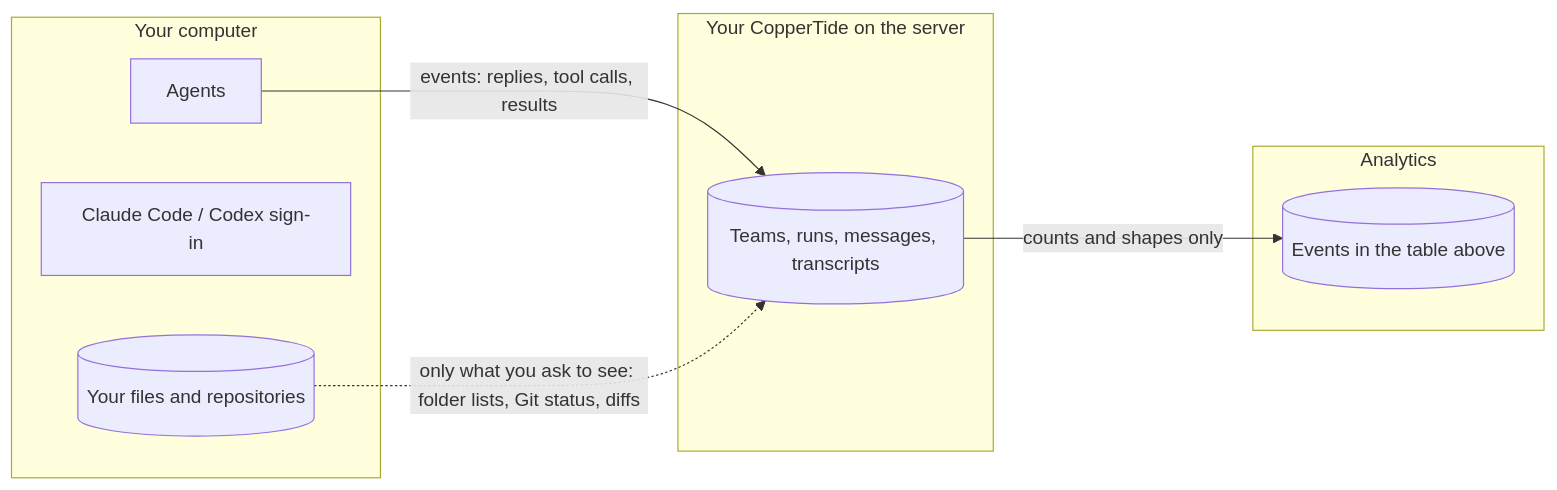
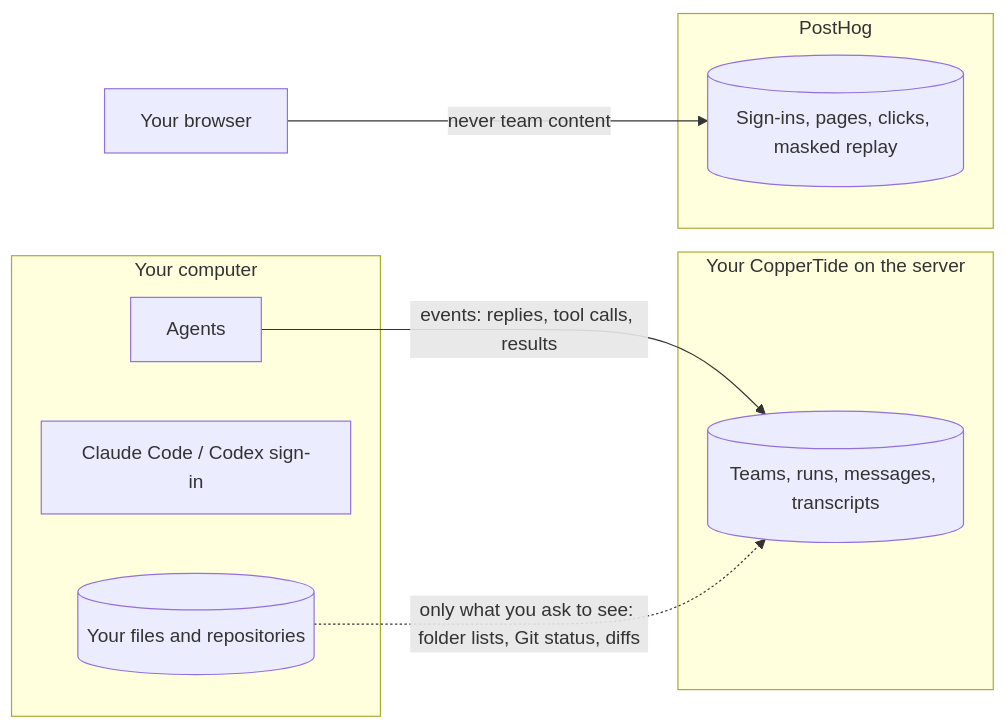
The diagram in docs-site/privacy.mdx (CopperTide/CopperTide), drawn with Mermaid before and after one commit. The commit also changed other lines of this file and 45 other files, not shown here.

````diff
--- a/docs-site/privacy.mdx
+++ b/docs-site/privacy.mdx
@@ -49,17 +48,17 @@
 ```mermaid
 flowchart LR
   subgraph PC["Your computer"]
     F[("Your files and repositories")]
     C["Claude Code / Codex sign-in"]
     A["Agents"]
   end
   subgraph SV["Your CopperTide on the server"]
     T[("Teams, runs, messages, transcripts")]
   end
-  subgraph AN["Analytics"]
-    E[("Events in the table above")]
+  subgraph AN["PostHog"]
+    E[("Sign-ins, pages, clicks, masked replay")]
   end
   A -- "events: replies, tool calls, results" --> T
-  T -- "counts and shapes only" --> E
+  B["Your browser"] -- "never team content" --> E
   F -. "only what you ask to see: folder lists, Git status, diffs" .-> T
 ```
````
